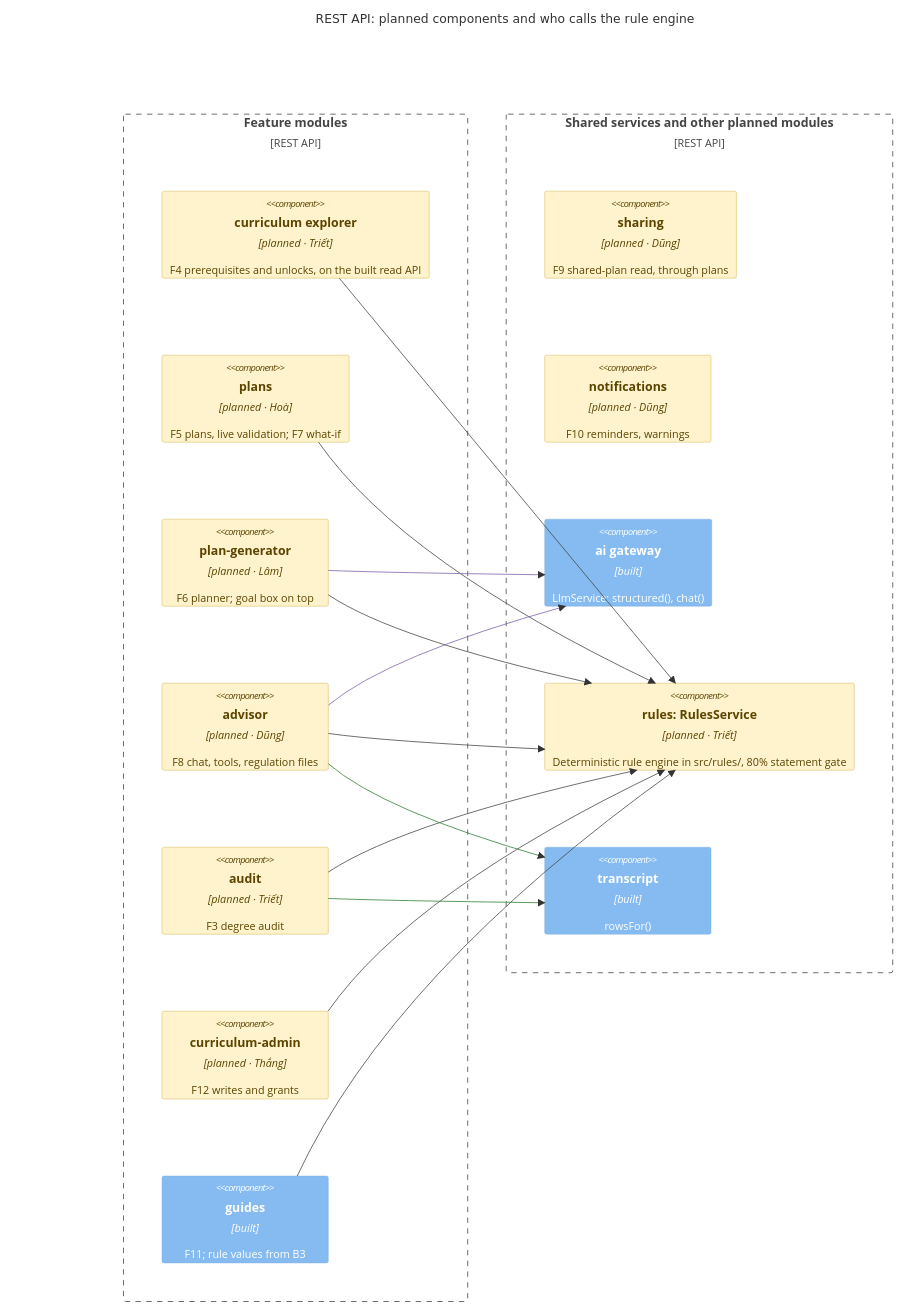
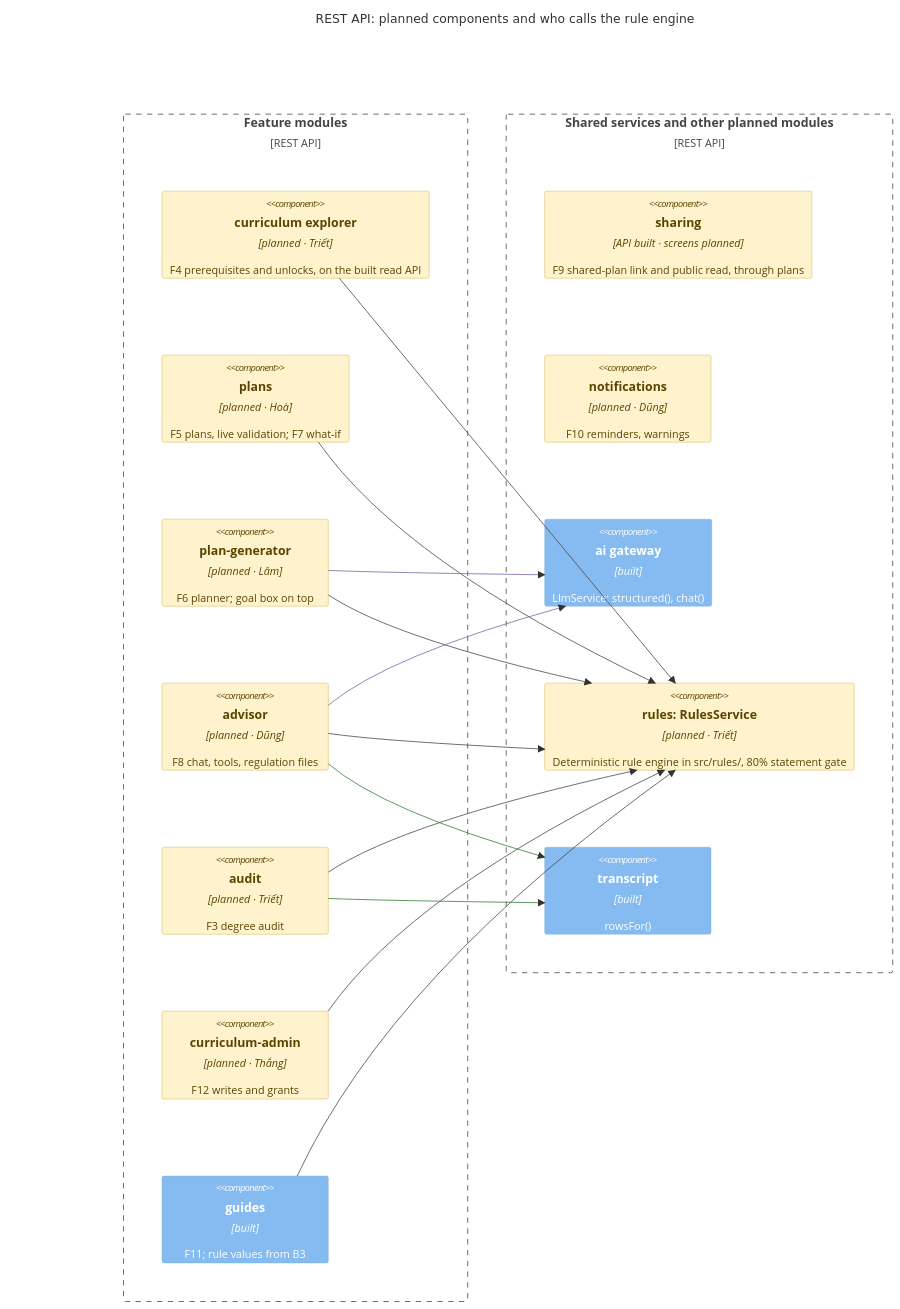
Before and after one commit to LLaammTTeerr/omnicourses: the fourth of 5 diagrams in docs/analysis-and-design/architecture.md, drawn with Mermaid. The commit also changed other lines of this file and 5 other files, not shown here.

First line of the commit message:
docs(sharing): record the shared-plan api in adr 0010

````diff
--- a/docs/analysis-and-design/architecture.md
+++ b/docs/analysis-and-design/architecture.md
@@ -190,49 +190,49 @@
 ```mermaid
 C4Component
   title REST API: planned components and who calls the rule engine
   UpdateLayoutConfig($c4ShapeInRow="1", $c4BoundaryInRow="2")
 
   Boundary(callers, "Feature modules", "REST API") {
     Component(explorer, "curriculum explorer", "planned · Triết", "F4 prerequisites and unlocks, on the built read API")
     Component(plans, "plans", "planned · Hoà", "F5 plans, live validation; F7 what-if")
     Component(plangen, "plan-generator", "planned · Lâm", "F6 planner; goal box on top")
     Component(advisor, "advisor", "planned · Dũng", "F8 chat, tools, regulation files")
     Component(audit, "audit", "planned · Triết", "F3 degree audit")
     Component(admin, "curriculum-admin", "planned · Thắng", "F12 writes and grants")
     Component(guides, "guides", "built", "F11; rule values from B3")
   }
   Boundary(core, "Shared services and other planned modules", "REST API") {
-    Component(sharing, "sharing", "planned · Dũng", "F9 shared-plan read, through plans")
+    Component(sharing, "sharing", "API built · screens planned", "F9 shared-plan link and public read, through plans")
     Component(notifications, "notifications", "planned · Dũng", "F10 reminders, warnings")
     Component(ai, "ai gateway", "built", "LlmService: structured(), chat()")
     Component(rules, "rules: RulesService", "planned · Triết", "Deterministic rule engine in src/rules/, 80% statement gate")
     Component(transcript, "transcript", "built", "rowsFor()")
   }
 
   Rel(explorer, rules, "")
   Rel(guides, rules, "")
   Rel(plans, rules, "")
   Rel(plangen, rules, "")
   Rel(advisor, rules, "")
   Rel(audit, rules, "")
   Rel(admin, rules, "")
   Rel(plangen, ai, "")
   Rel(advisor, ai, "")
   Rel(audit, transcript, "")
   Rel(advisor, transcript, "")
 
   UpdateRelStyle(plangen, ai, $lineColor="#7b61a8")
   UpdateRelStyle(advisor, ai, $lineColor="#7b61a8")
   UpdateRelStyle(audit, transcript, $lineColor="#2e7d32")
   UpdateRelStyle(advisor, transcript, $lineColor="#2e7d32")
 
   UpdateElementStyle(audit, $bgColor="#fff3cd", $fontColor="#5c4400", $borderColor="#c9a227")
   UpdateElementStyle(explorer, $bgColor="#fff3cd", $fontColor="#5c4400", $borderColor="#c9a227")
   UpdateElementStyle(plans, $bgColor="#fff3cd", $fontColor="#5c4400", $borderColor="#c9a227")
   UpdateElementStyle(plangen, $bgColor="#fff3cd", $fontColor="#5c4400", $borderColor="#c9a227")
   UpdateElementStyle(rules, $bgColor="#fff3cd", $fontColor="#5c4400", $borderColor="#c9a227")
   UpdateElementStyle(advisor, $bgColor="#fff3cd", $fontColor="#5c4400", $borderColor="#c9a227")
   UpdateElementStyle(admin, $bgColor="#fff3cd", $fontColor="#5c4400", $borderColor="#c9a227")
   UpdateElementStyle(sharing, $bgColor="#fff3cd", $fontColor="#5c4400", $borderColor="#c9a227")
   UpdateElementStyle(notifications, $bgColor="#fff3cd", $fontColor="#5c4400", $borderColor="#c9a227")
 ```
````
